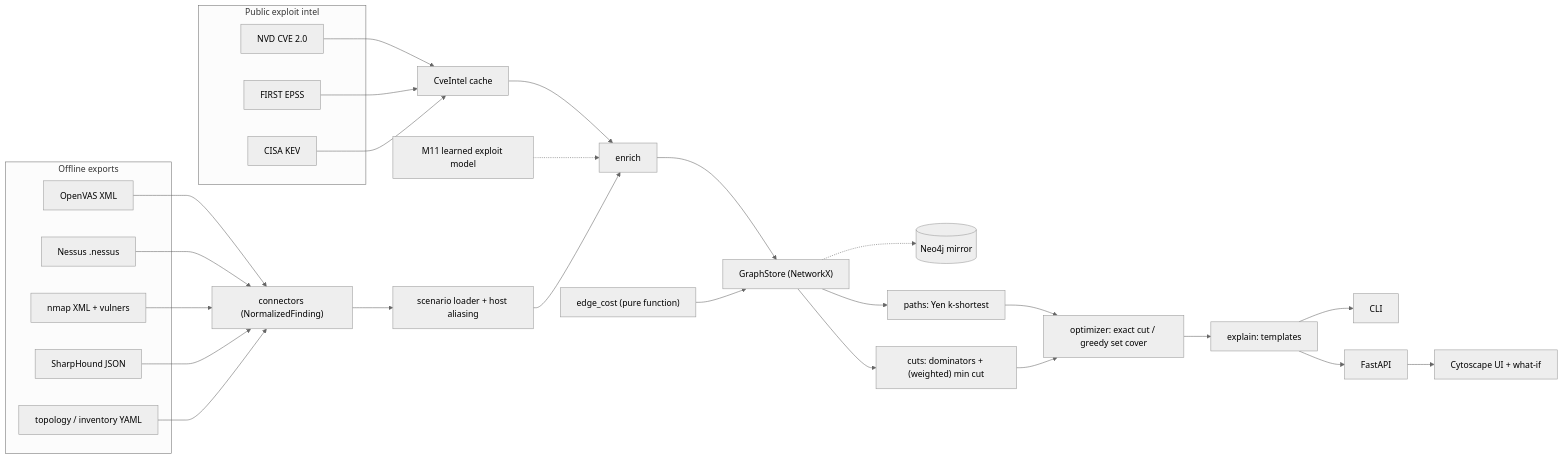
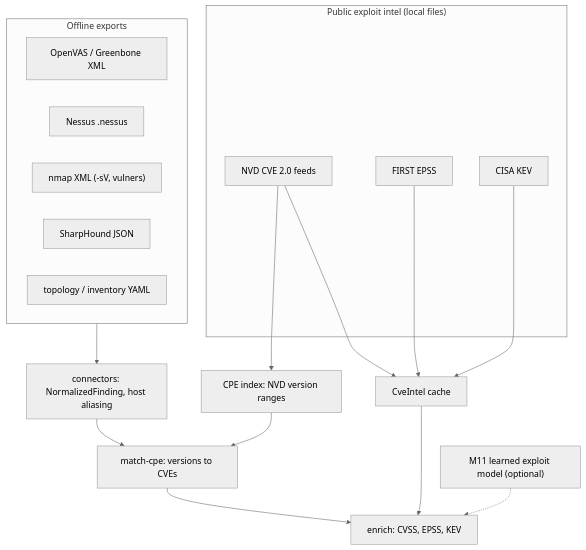
Before and after one commit to rakshit-737/linchpin: the second of 4 diagrams in docs/architecture.md, drawn with Mermaid (neutral theme). The commit also changed other lines of this file and 17 other files, not shown here.

````diff
--- a/docs/architecture.md
+++ b/docs/architecture.md
@@ -3,34 +22,25 @@
 ```mermaid
-flowchart LR
+flowchart TB
   subgraph Exports["Offline exports"]
-    OV["OpenVAS XML"]
+    OV["OpenVAS / Greenbone XML"]
     NE["Nessus .nessus"]
-    NM["nmap XML + vulners"]
+    NM["nmap XML (-sV, vulners)"]
     BH["SharpHound JSON"]
     INV["topology / inventory YAML"]
   end
-  subgraph Intel["Public exploit intel"]
-    NVD["NVD CVE 2.0"]
+  subgraph Intel["Public exploit intel (local files)"]
+    NVD["NVD CVE 2.0 feeds"]
     EPSS["FIRST EPSS"]
     KEV["CISA KEV"]
   end
-  OV --> C["connectors (NormalizedFinding)"]
-  NE --> C
-  NM --> C
-  BH --> C
-  INV --> C
+  Exports --> C["connectors: NormalizedFinding, host aliasing"]
+  NVD --> CPE["CPE index: NVD version ranges"]
   NVD --> I["CveIntel cache"]
   EPSS --> I
   KEV --> I
-  I --> E["enrich"]
-  ML["M11 learned exploit model"] -.-> E
-  C --> SC["scenario loader + host aliasing"] --> E --> G["GraphStore (NetworkX)"]
-  G -.-> N4[("Neo4j mirror")]
-  COST["edge_cost (pure function)"] --> G
-  G --> P["paths: Yen k-shortest"]
-  G --> CUT["cuts: dominators + (weighted) min cut"]
-  P --> O["optimizer: exact cut / greedy set cover"]
-  CUT --> O --> X["explain: templates"]
-  X --> CLI["CLI"]
-  X --> API["FastAPI"] --> UI["Cytoscape UI + what-if"]
+  C --> M["match-cpe: versions to CVEs"]
+  CPE --> M
+  M --> E["enrich: CVSS, EPSS, KEV"]
+  I --> E
+  ML["M11 learned exploit model (optional)"] -.-> E
 ```
````
